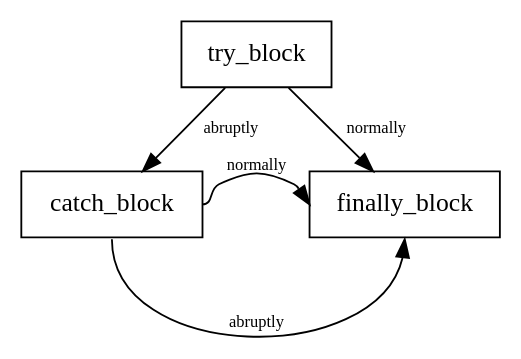
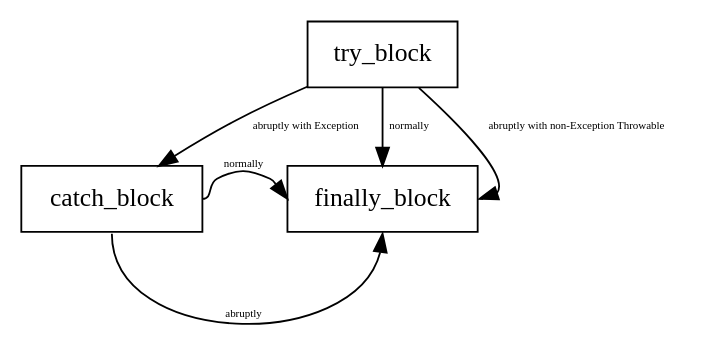
The diagram in posts/20203723000400.dot (drshiki/blog), drawn with Graphviz before and after one commit. The commit also changed 2 other files, not shown here.

```diff
--- a/posts/20203723000400.dot
+++ b/posts/20203723000400.dot
@@ -1,9 +1,10 @@
 digraph{
 	node[shape=box]
-	edge[fontsize=9]	
+	edge[fontsize=6]	
 	try_block -> finally_block[label="normally"]
-	try_block -> catch_block[label="abruptly"]
+	try_block -> finally_block:e[label="abruptly with non-Exception Throwable"]
+	try_block -> catch_block[label="abruptly with Exception"]
 	catch_block:e -> finally_block:w[label="normally"]
 	catch_block:s -> finally_block:s[label="abruptly"] 
 	{rank=same; catch_block; finally_block}
 }
```
